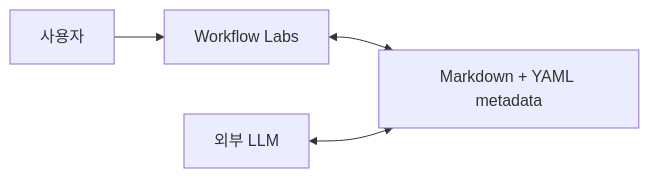
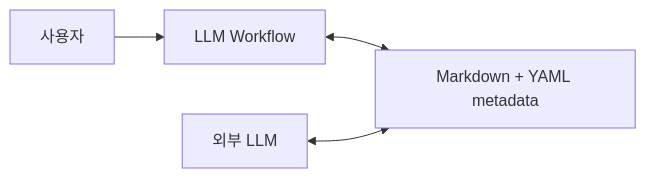
Before and after one commit to wooson00308/llm-workflow: the first of 2 diagrams in docs/planning/product-concept.md, drawn with Mermaid. The commit also changed other lines of this file and 51 other files, not shown here.

Commit message:
feat: prepare LLM Workflow v0.1.3

````diff
--- a/docs/planning/product-concept.md
+++ b/docs/planning/product-concept.md
@@ -11,6 +11,6 @@
 ```mermaid
 flowchart LR
-    U["사용자"] --> A["Workflow Labs"]
+    U["사용자"] --> A["LLM Workflow"]
     A <--> F["Markdown + YAML metadata"]
     L["외부 LLM"] <--> F
 ```
````
